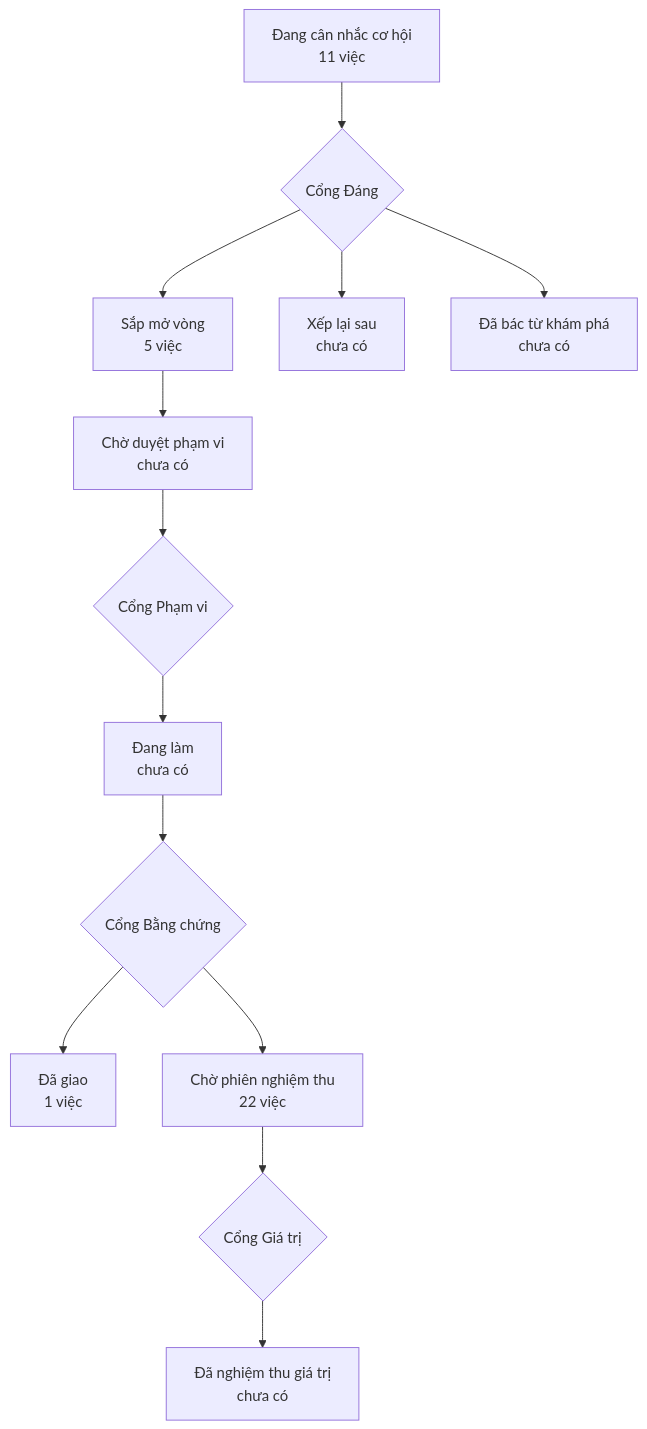
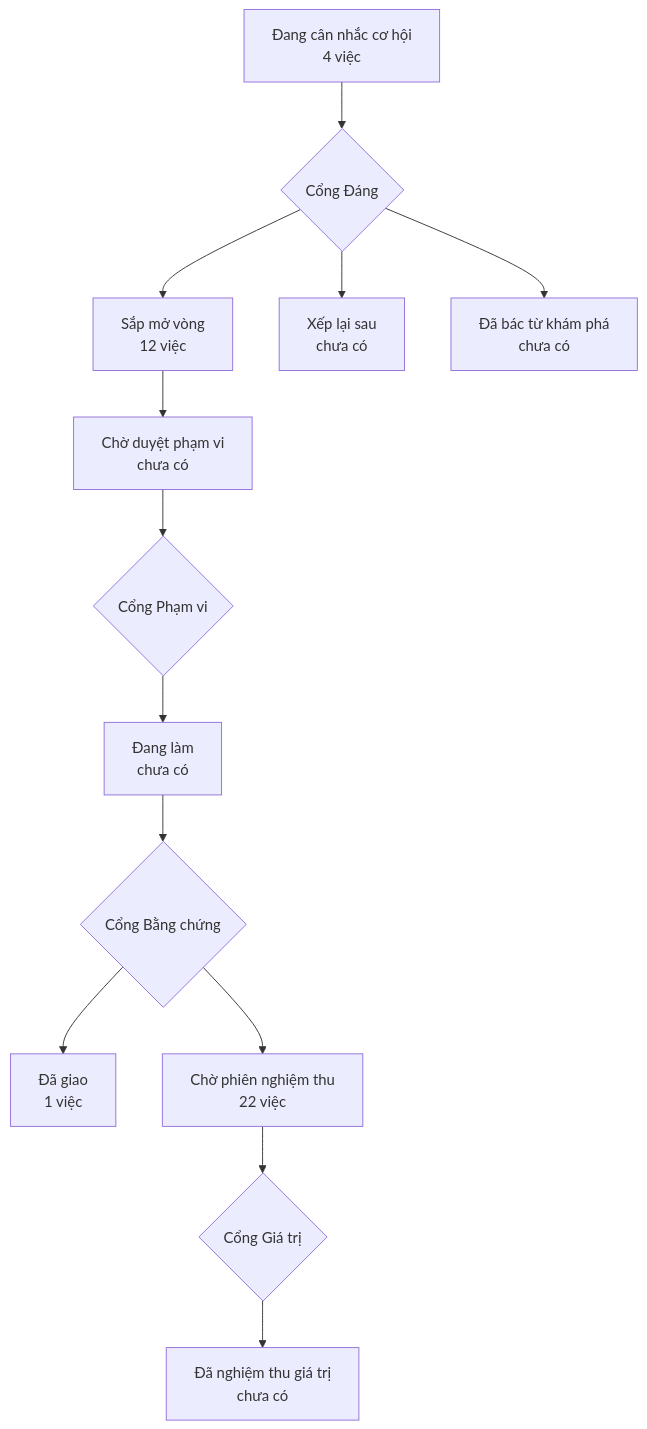
One commit to phanlemanh/onehub-inventory changed the diagram in PRODUCT-MAP.md. Above: the diagram before and after it, drawn with Mermaid. The commit also changed 1 other file, not shown here.

Commit message:
chore(plan): regenerate product map and roadmap after the worth gate

````diff
--- a/PRODUCT-MAP.md
+++ b/PRODUCT-MAP.md
@@ -7,12 +7,12 @@
 ```mermaid
 flowchart TD
-  A["Đang cân nhắc cơ hội<br/>11 việc"] --> GD{"Cổng Đáng"}
-  GD --> B["Sắp mở vòng<br/>5 việc"]
+  A["Đang cân nhắc cơ hội<br/>4 việc"] --> GD{"Cổng Đáng"}
+  GD --> B["Sắp mở vòng<br/>12 việc"]
   GD --> XL["Xếp lại sau<br/>chưa có"]
   GD --> DB["Đã bác từ khám phá<br/>chưa có"]
   B --> CD["Chờ duyệt phạm vi<br/>chưa có"] --> GP{"Cổng Phạm vi"}
   GP --> DL["Đang làm<br/>chưa có"] --> GB{"Cổng Bằng chứng"}
   GB --> DG["Đã giao<br/>1 việc"]
   GB --> CN["Chờ phiên nghiệm thu<br/>22 việc"] --> GG{"Cổng Giá trị"}
   GG --> NT["Đã nghiệm thu giá trị<br/>chưa có"]
 ```
````
